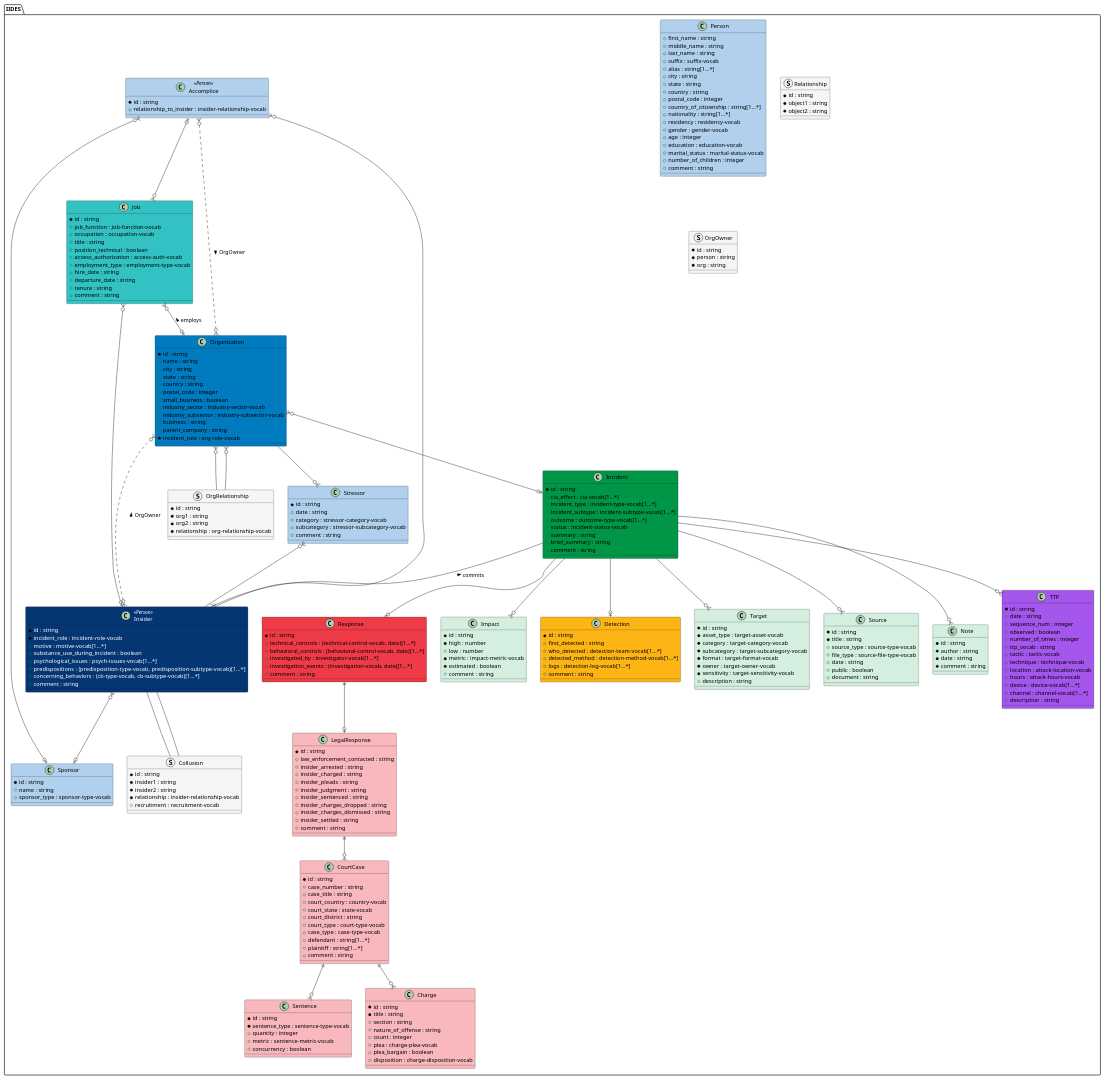
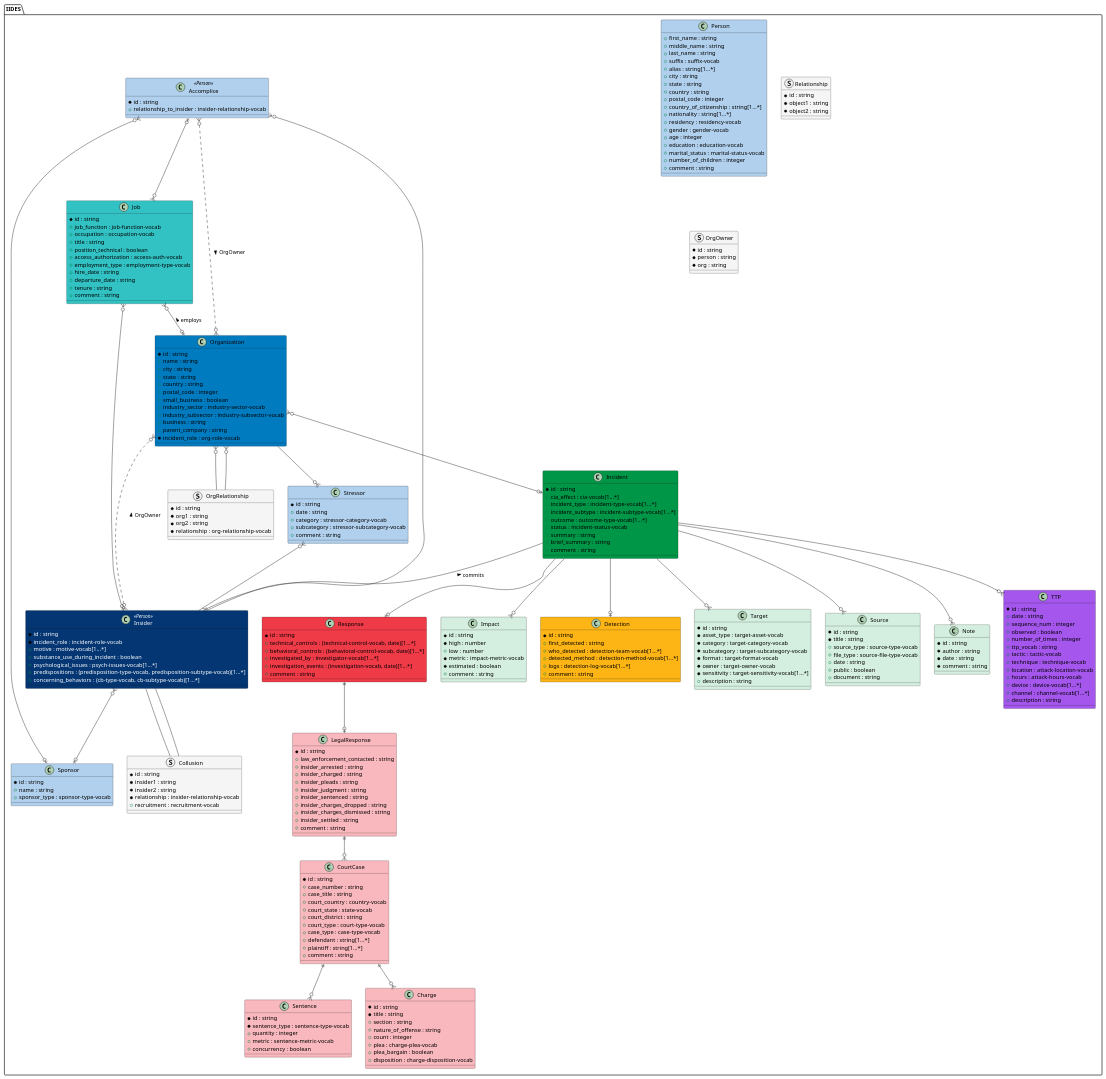
One commit to cmu-sei/iides changed the diagram in UML/source/iides.wsd. Above: the diagram before and after it, drawn with PlantUML. The commit also changed 4 other files, not shown here.

```diff
--- a/UML/source/iides.wsd
+++ b/UML/source/iides.wsd
@@ -25,7 +25,7 @@
 	* subcategory : target-subcategory-vocab 
 	* format : target-format-vocab 
 	* owner : target-owner-vocab 
-	* sensitivity : target-sensitivity-vocab 
+	* sensitivity : target-sensitivity-vocab[1...*] 
 	+ description : string 
 }
 class Incident #009647 {
@@ -175,7 +175,6 @@
 	+ psychological_issues : psych-issues-vocab[1...*] 
 	+ predispositions : ({field} predisposition-type-vocab, predisposition-subtype-vocab)[1...*] 
 	+ concerning_behaviors : ({field} cb-type-vocab, cb-subtype-vocab)[1...*] 
-	+ comment : string 
 }
 class Response #EF3A47 {
 	* id : string 
```
